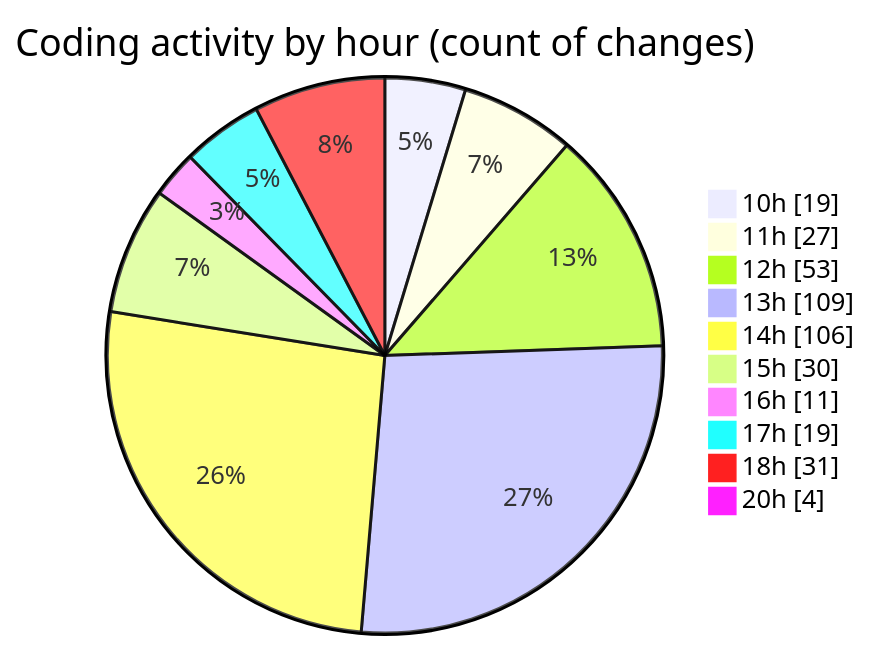
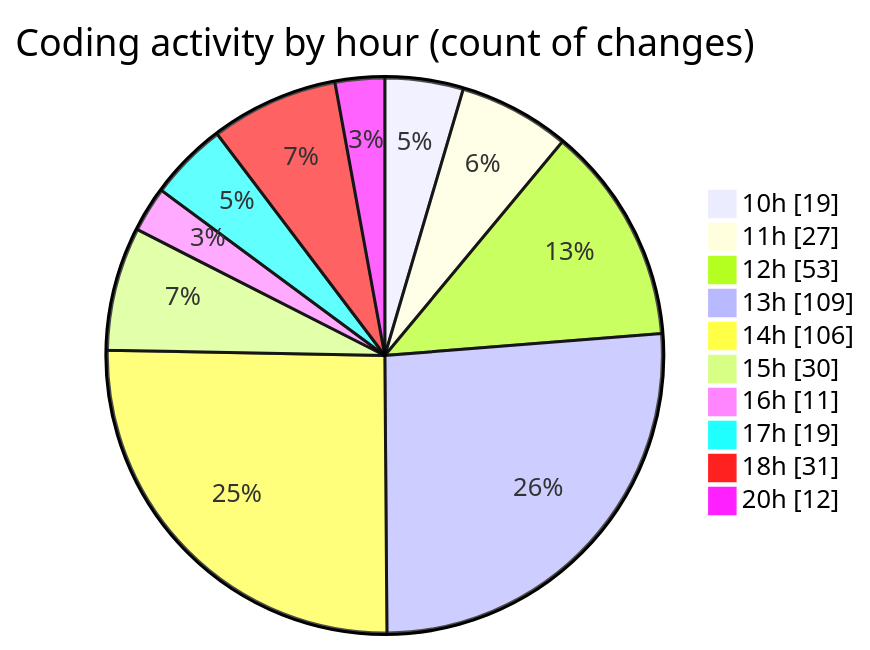
One commit to momahboobian/code-tracking changed the second of 2 diagrams in 2025-03-18/cda/README.md. Above: the diagram before and after it, drawn with Mermaid. The commit also changed other lines of this file and 1 other file, not shown here.

````diff
--- a/2025-03-18/cda/README.md
+++ b/2025-03-18/cda/README.md
@@ -44,14 +44,14 @@
 ```mermaid
 pie showData
 title Coding activity by hour (count of changes)
 "10h" : 19
 "11h" : 27
 "12h" : 53
 "13h" : 109
 "14h" : 106
 "15h" : 30
 "16h" : 11
 "17h" : 19
 "18h" : 31
-"20h" : 4
+"20h" : 12
 ```
````
